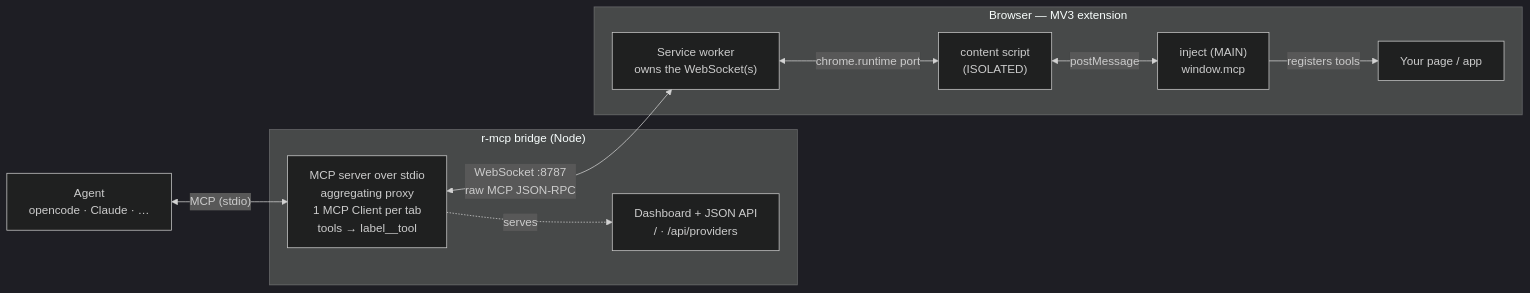
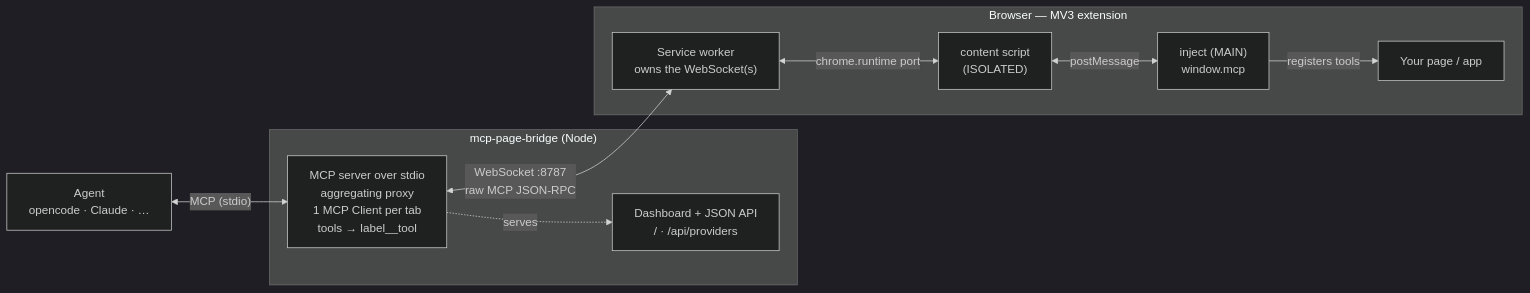
The diagram in README.md (rytsh/mcp-page-bridge), drawn with Mermaid (dark theme) before and after one commit. The commit also changed other lines of this file and 30 other files, not shown here.

````diff
--- a/README.md
+++ b/README.md
@@ -16,23 +16,23 @@
 ```mermaid
 flowchart LR
     A["Agent<br/>opencode · Claude · …"]
 
-    subgraph bridge["r-mcp bridge (Node)"]
+    subgraph bridge["mcp-page-bridge (Node)"]
         B["MCP server over stdio<br/>aggregating proxy<br/>1 MCP Client per tab<br/>tools → label__tool"]
         D["Dashboard + JSON API<br/>/ · /api/providers"]
     end
 
     subgraph ext["Browser — MV3 extension"]
         SW["Service worker<br/>owns the WebSocket(s)"]
         CS["content script<br/>(ISOLATED)"]
         IN["inject (MAIN)<br/>window.mcp"]
         PG["Your page / app"]
     end
 
     A <-->|"MCP (stdio)"| B
     B <-->|"WebSocket :8787<br/>raw MCP JSON-RPC"| SW
     SW <-->|"chrome.runtime port"| CS
     CS <-->|"postMessage"| IN
     IN -->|"registers tools"| PG
     B -.->|serves| D
 ```
````
